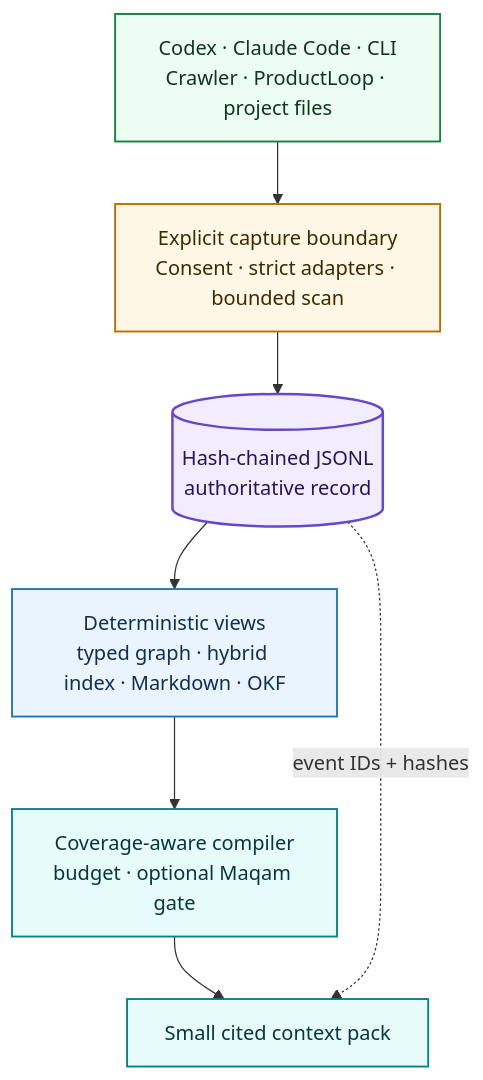
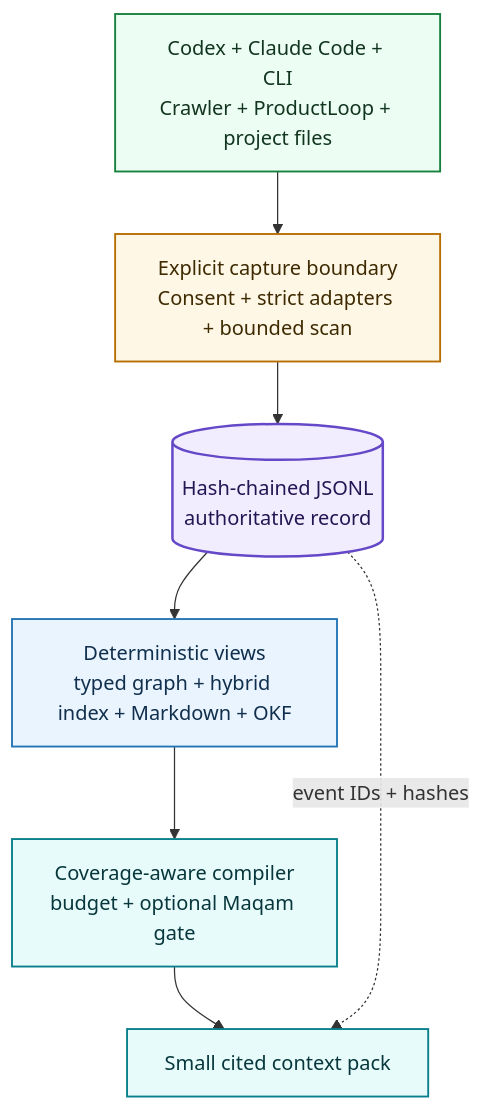
The diagram in docs/architecture.mmd (AjnasNB/qarinah), drawn with Mermaid before and after one commit. The commit also changed 15 other files, not shown here.

```diff
--- a/docs/architecture.mmd
+++ b/docs/architecture.mmd
@@ -1,22 +1,22 @@
 flowchart TD
-  inputs["Codex · Claude Code · CLI<br/>Crawler · ProductLoop · project files"]
-  boundary["Explicit capture boundary<br/>Consent · strict adapters · bounded scan"]
+  inputs["Codex + Claude Code + CLI<br/>Crawler + ProductLoop + project files"]
+  boundary["Explicit capture boundary<br/>Consent + strict adapters + bounded scan"]
   ledger[("Hash-chained JSONL<br/>authoritative record")]
-  views["Deterministic views<br/>typed graph · hybrid index · Markdown · OKF"]
-  compiler["Coverage-aware compiler<br/>budget · optional Maqam gate"]
+  views["Deterministic views<br/>typed graph + hybrid index + Markdown + OKF"]
+  compiler["Coverage-aware compiler<br/>budget + optional Maqam gate"]
   pack["Small cited context pack"]
 
   inputs --> boundary --> ledger --> views --> compiler --> pack
   ledger -. event IDs + hashes .-> pack
 
   classDef input fill:#ecfdf3,stroke:#16803c,color:#12351f,stroke-width:1.5px;
   classDef boundaryNode fill:#fff7e6,stroke:#b76e00,color:#3d2a00,stroke-width:1.5px;
   classDef authorityNode fill:#f1edff,stroke:#6548c7,color:#241653,stroke-width:2px;
   classDef projectionNode fill:#eaf4ff,stroke:#2474b5,color:#102f4c,stroke-width:1.5px;
   classDef disclosureNode fill:#e8fbfb,stroke:#087f8c,color:#07373c,stroke-width:1.5px;
 
   class inputs input;
   class boundary boundaryNode;
   class ledger authorityNode;
   class views projectionNode;
   class compiler,pack disclosureNode;
```
